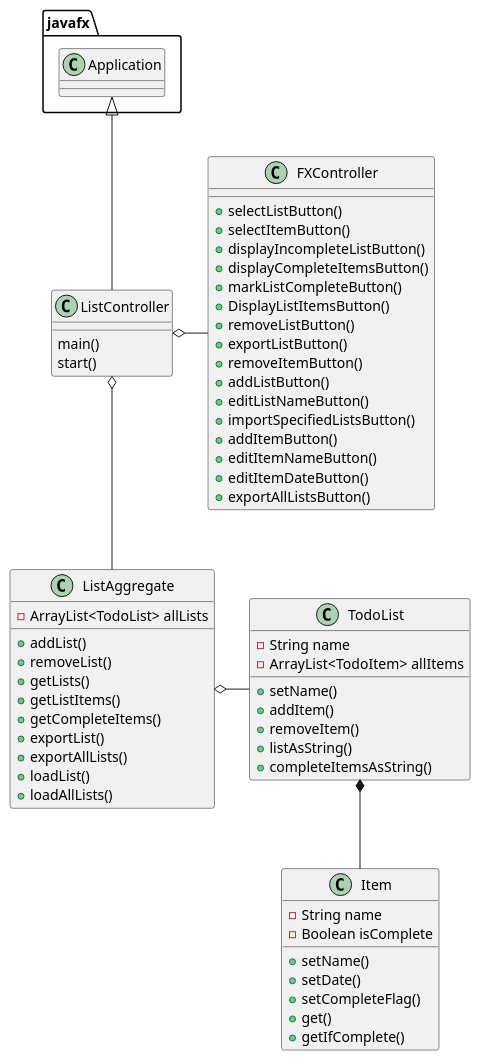
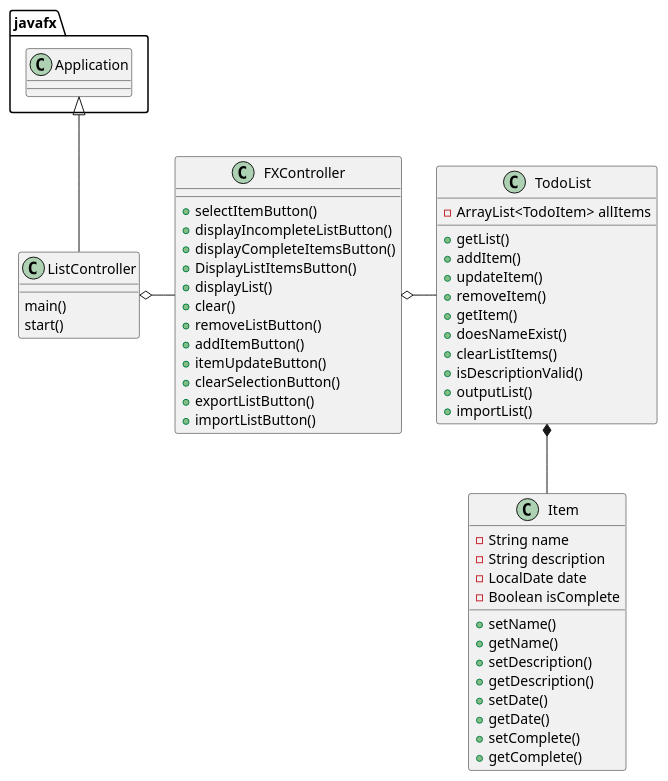
The diagram in uml/ClassDiagram.puml (ZacharyN89/nowicki-cop3330-assignment4part2), drawn with PlantUML before and after one commit. The commit also changed 5 other files, not shown here.

```diff
--- a/uml/ClassDiagram.puml
+++ b/uml/ClassDiagram.puml
@@ -1,72 +1,62 @@
 @startuml
 'https://plantuml.com/class-diagram
 
 class ListController{
     main()
     start()
 }
 
 class FXController{
-    +selectListButton()
     +selectItemButton()
     +displayIncompleteListButton()
     +displayCompleteItemsButton()
-    +markListCompleteButton()
     +DisplayListItemsButton()
+    +displayList()
+    +clear()
     +removeListButton()
+    +addItemButton()
+    +itemUpdateButton()
+    +clearSelectionButton()
     +exportListButton()
-    +removeItemButton()
-    +addListButton()
-    +editListNameButton()
-    +importSpecifiedListsButton()
-    +addItemButton()
-    +editItemNameButton()
-    +editItemDateButton()
-    +exportAllListsButton()
-}
-
-class ListAggregate{
-    -ArrayList<TodoList> allLists
-
-    +addList()
-    +removeList()
-    +getLists()
-    +getListItems()
-    +getCompleteItems()
-    +exportList()
-    +exportAllLists()
-    +loadList()
-    +loadAllLists()
+    +importListButton()
 }
 
 class TodoList{
-    -String name
     -ArrayList<TodoItem> allItems
 
-    +setName()
+    +getList()
     +addItem()
+    +updateItem()
     +removeItem()
-    +listAsString()
-    +completeItemsAsString()
+    +getItem()
+    +doesNameExist()
+    +clearListItems()
+    +isDescriptionValid()
+    +outputList()
+    +importList()
 }
 
 class Item{
     -String name
+    -String description
+    -LocalDate date
     -Boolean isComplete
 
     +setName()
+    +getName()
+    +setDescription()
+    +getDescription()
     +setDate()
-    +setCompleteFlag()
-    +get()
-    +getIfComplete()
+    +getDate()
+    +setComplete()
+    +getComplete()
 }
 
 
 
 
 javafx.Application <|-- ListController
-ListController o-- ListAggregate
 ListController o- FXController
 TodoList *-- Item
-ListAggregate o- TodoList
+FXController o- TodoList
 @enduml
```
